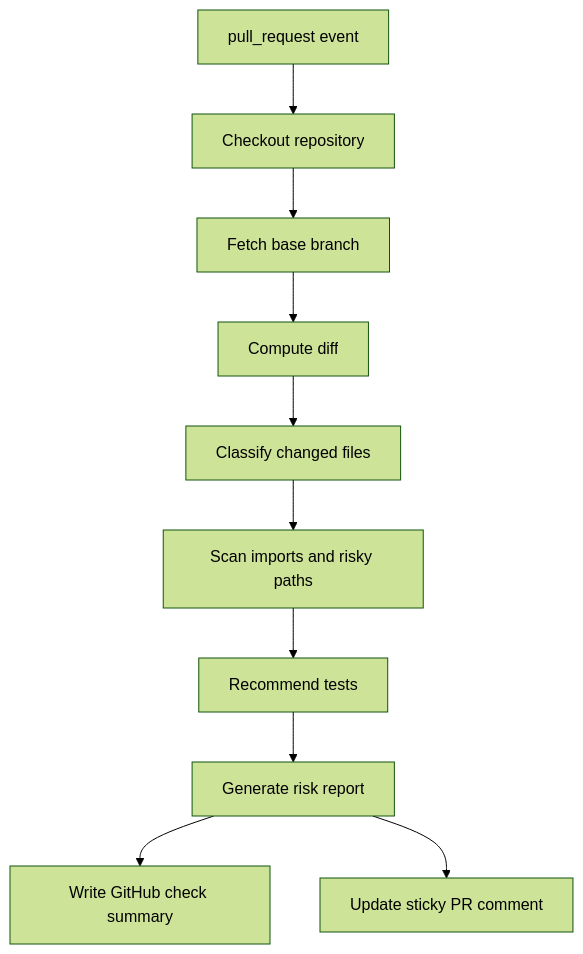
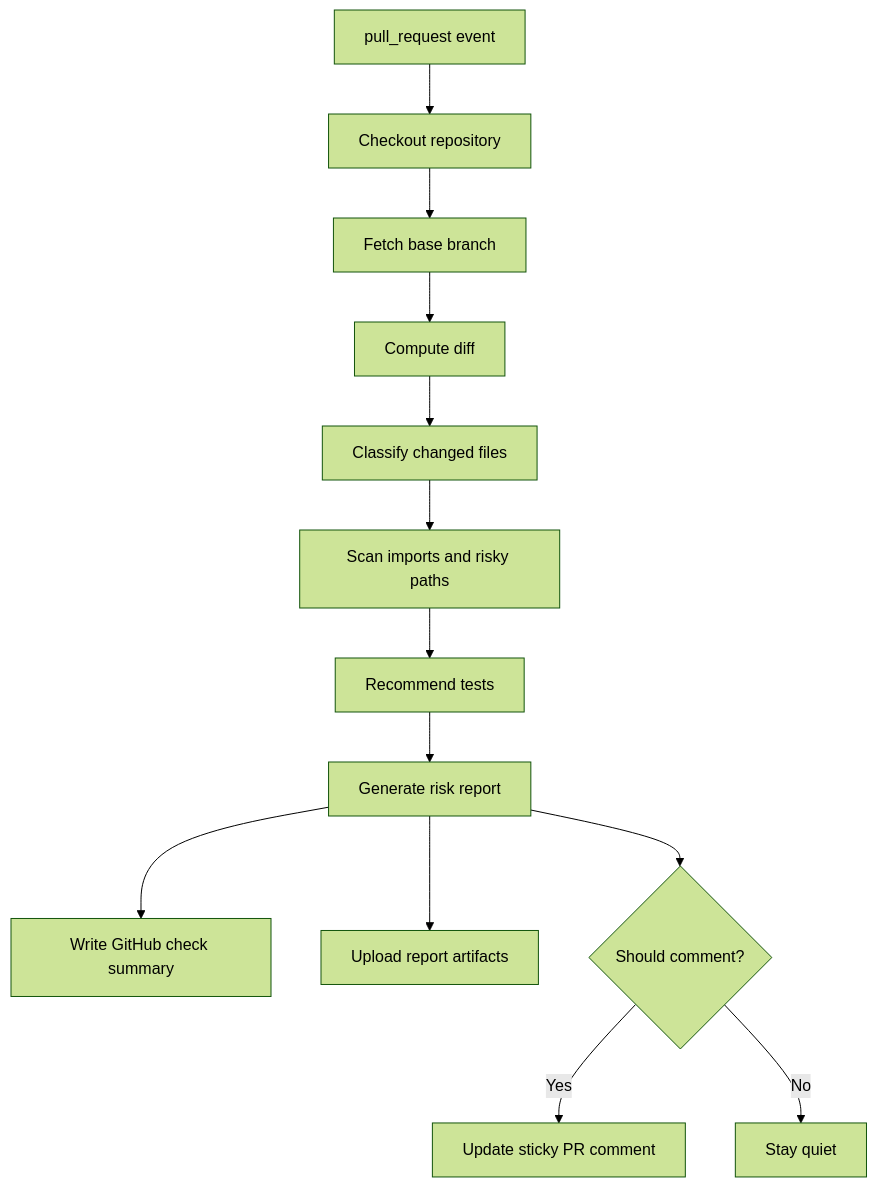
The diagram in doc/build/phase-1-github-actions-pr-checker.md (ayushkumar320/CodeGuardian), drawn with Mermaid (forest theme) before and after one commit. The commit also changed other lines of this file and 9 other files, not shown here.

Commit message:
docs: align build prompts with context graph

````diff
--- a/doc/build/phase-1-github-actions-pr-checker.md
+++ b/doc/build/phase-1-github-actions-pr-checker.md
@@ -31,12 +31,15 @@
 ```mermaid
 flowchart TD
   A["pull_request event"] --> B["Checkout repository"]
   B --> C["Fetch base branch"]
   C --> D["Compute diff"]
   D --> E["Classify changed files"]
   E --> F["Scan imports and risky paths"]
   F --> G["Recommend tests"]
   G --> H["Generate risk report"]
   H --> I["Write GitHub check summary"]
-  H --> J["Update sticky PR comment"]
+  H --> J["Upload report artifacts"]
+  H --> K{"Should comment?"}
+  K -->|Yes| L["Update sticky PR comment"]
+  K -->|No| M["Stay quiet"]
 ```
````
